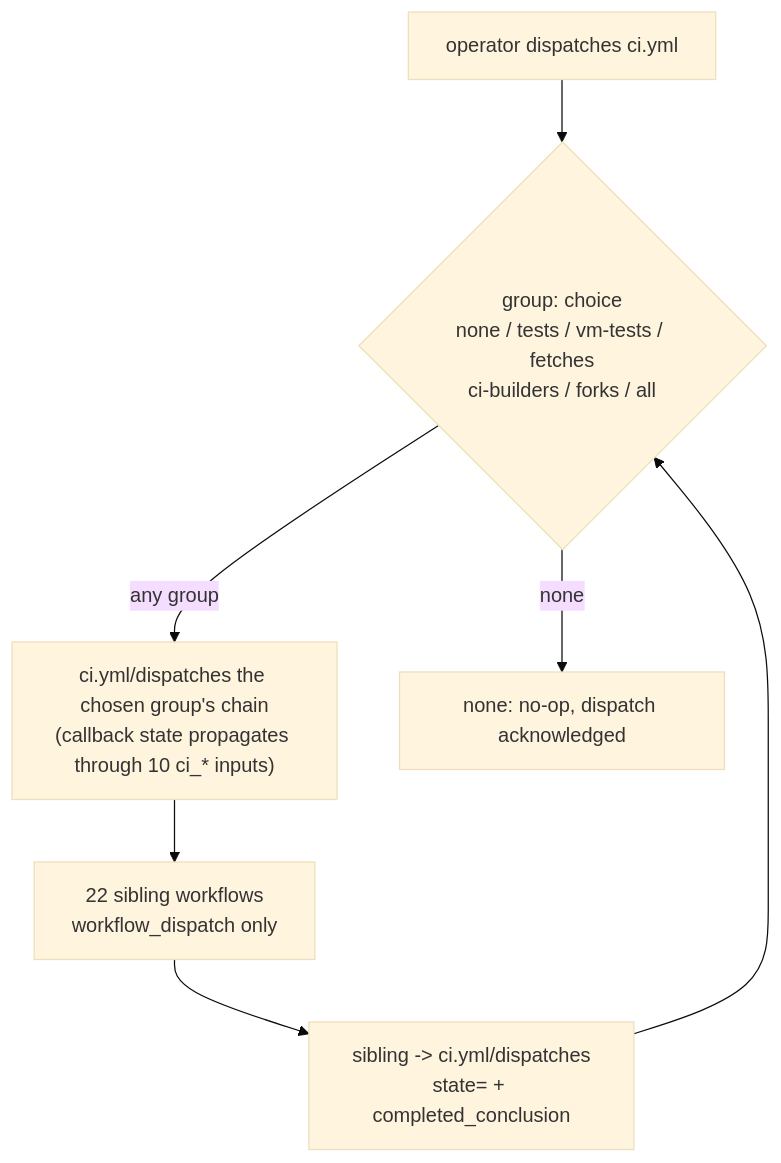
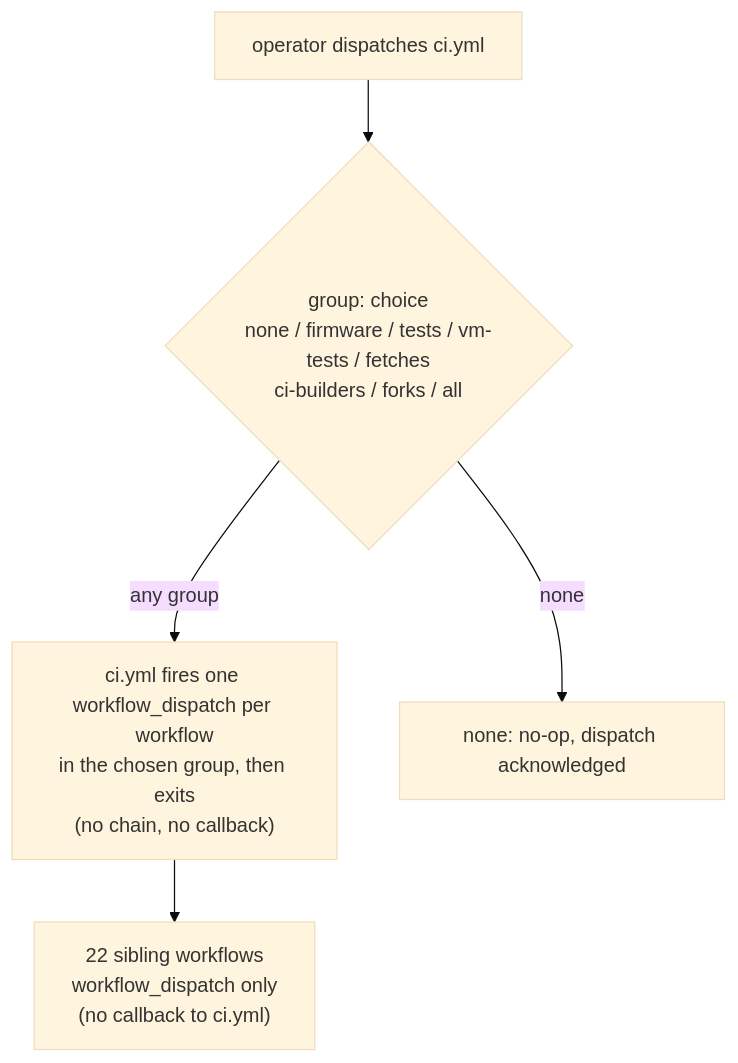
One commit to corning-croak-cable/yubiOS changed the sixth of 8 diagrams in docs/CI_MAP.md. Above: the diagram before and after it, drawn with Mermaid (base theme). The commit also changed other lines of this file and 1 other file, not shown here.

````diff
--- a/docs/CI_MAP.md
+++ b/docs/CI_MAP.md
@@ -221,13 +234,12 @@
 ```mermaid
 flowchart TD
     manual["operator dispatches ci.yml"]
-    pick{"group: choice\nnone / tests / vm-tests / fetches\nci-builders / forks / all"}
-    dispatch["ci.yml/dispatches the chosen group's chain\n(callback state propagates through 10 ci_* inputs)"]
-    sibling["22 sibling workflows\nworkflow_dispatch only"]
-    callback["sibling -> ci.yml/dispatches\nstate=<display name> + completed_conclusion"]
+    pick{"group: choice\nnone / firmware / tests / vm-tests / fetches\nci-builders / forks / all"}
+    dispatch["ci.yml fires one workflow_dispatch per workflow\nin the chosen group, then exits\n(no chain, no callback)"]
+    sibling["22 sibling workflows\nworkflow_dispatch only\n(no callback to ci.yml)"]
     none_path["none: no-op, dispatch acknowledged"]
 
     manual --> pick
     pick -- "none" --> none_path
-    pick -- "any group" --> dispatch --> sibling --> callback --> pick
+    pick -- "any group" --> dispatch --> sibling
 ```
````
